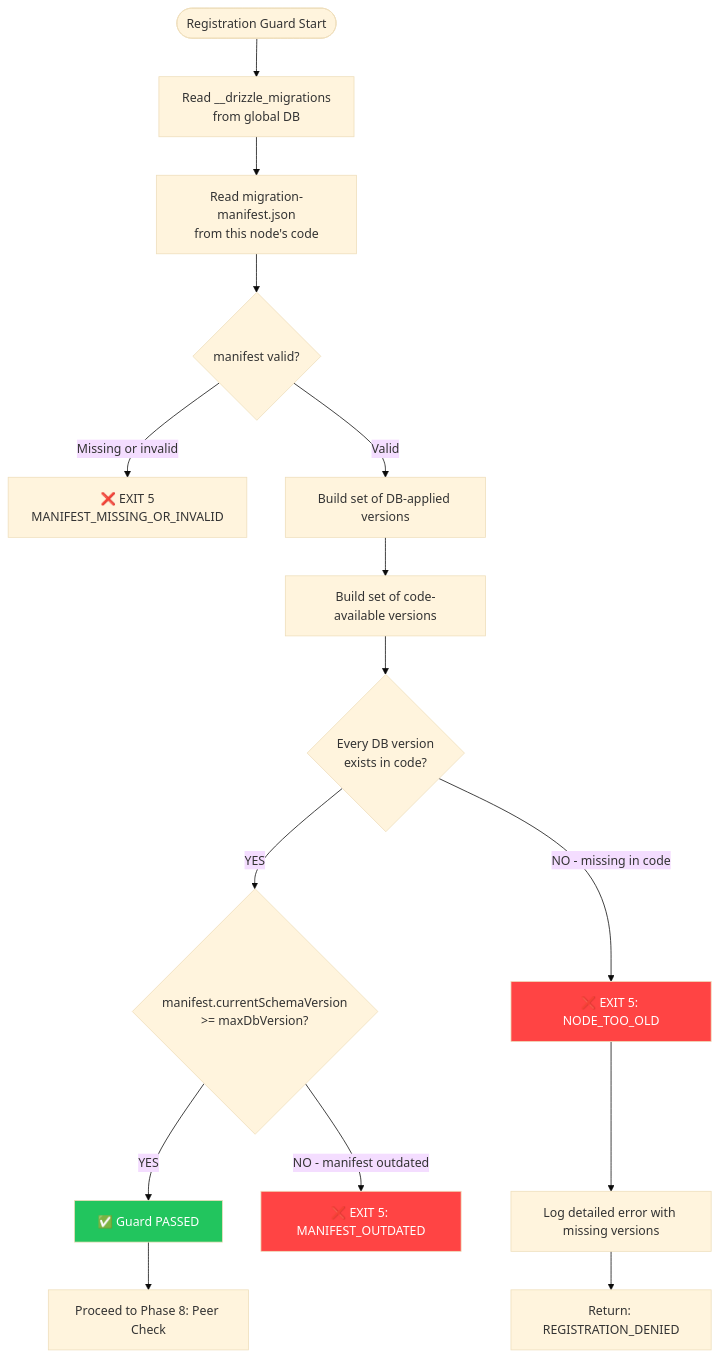
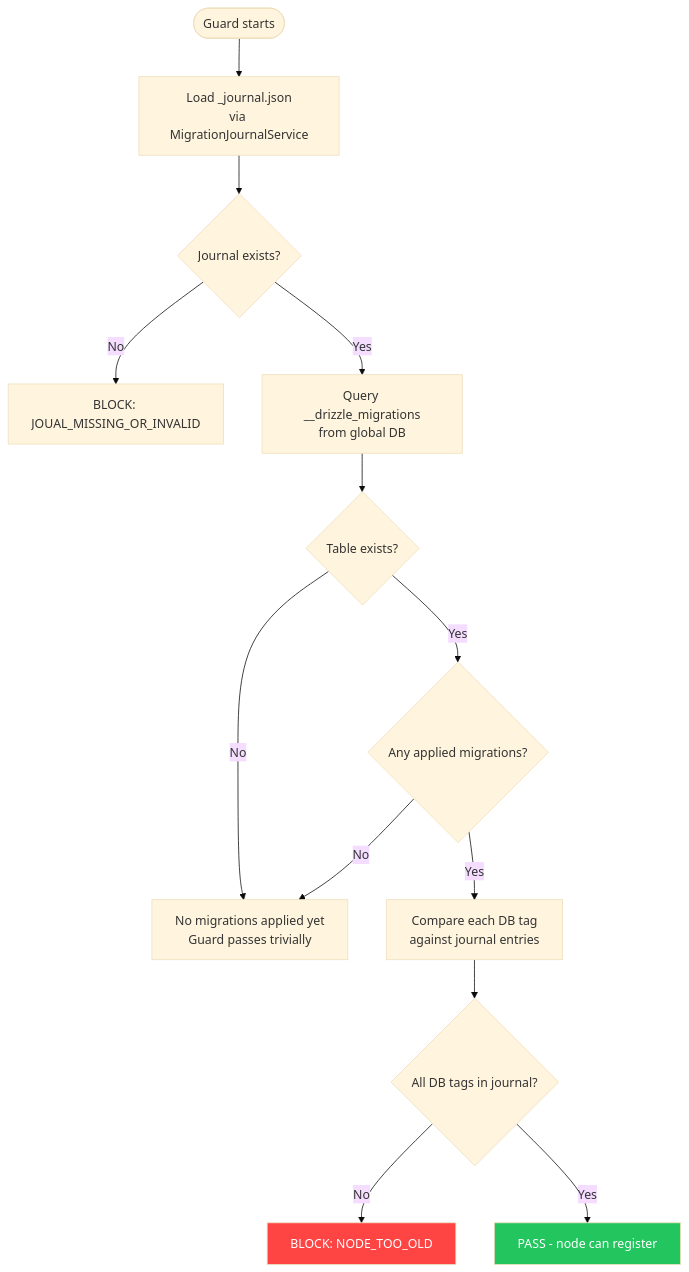
Before and after one commit to N0SAFE/deployer: the fourth of 6 diagrams in apps/doc/content/docs/dev/global-db-migration-management.mdx, drawn with Mermaid (base theme). The commit also changed other lines of this file and 4 other files, not shown here.

````diff
--- a/apps/doc/content/docs/dev/global-db-migration-management.mdx
+++ b/apps/doc/content/docs/dev/global-db-migration-management.mdx
@@ -501,27 +644,18 @@
 ```mermaid
 flowchart TD
-    START([Registration Guard Start]) --> A[Read __drizzle_migrations<br/>from global DB]
-    A --> B[Read migration-manifest.json<br/>from this node's code]
-    B --> C{manifest valid?}
-    
-    C -->|Missing or invalid| D[❌ EXIT 5<br/>MANIFEST_MISSING_OR_INVALID]
-    C -->|Valid| E[Build set of DB-applied versions]
-    
-    E --> F[Build set of code-available versions]
-    F --> G{Every DB version<br/>exists in code?}
-    
-    G -->|YES| H{manifest.currentSchemaVersion<br/>>= maxDbVersion?}
-    G -->|NO - missing in code| I[❌ EXIT 5: NODE_TOO_OLD]
-    
-    I --> J[Log detailed error with missing versions]
-    J --> K[Return: REGISTRATION_DENIED]
-    
-    H -->|NO - manifest outdated| L[❌ EXIT 5: MANIFEST_OUTDATED]
-    H -->|YES| M[✅ Guard PASSED]
-    
-    M --> N[Proceed to Phase 8: Peer Check]
-    
-    style I fill:#ff4444,color:#fff
-    style L fill:#ff4444,color:#fff
-    style M fill:#22c55e,color:#fff
+    START([Guard starts]) --> A[Load _journal.json<br/>via MigrationJournalService]
+    A --> B{Journal exists?}
+    B -->|No| C[BLOCK: JOUAL_MISSING_OR_INVALID]
+    B -->|Yes| D[Query __drizzle_migrations<br/>from global DB]
+    D --> E{Table exists?}
+    E -->|No| F[No migrations applied yet<br/>Guard passes trivially]
+    E -->|Yes| G{Any applied migrations?}
+    G -->|No| F
+    G -->|Yes| H[Compare each DB tag<br/>against journal entries]
+    H --> I{All DB tags in journal?}
+    I -->|No| J[BLOCK: NODE_TOO_OLD]
+    I -->|Yes| K[PASS - node can register]
+
+    style J fill:#ff4444,color:#fff
+    style K fill:#22c55e,color:#fff
 ```
````
